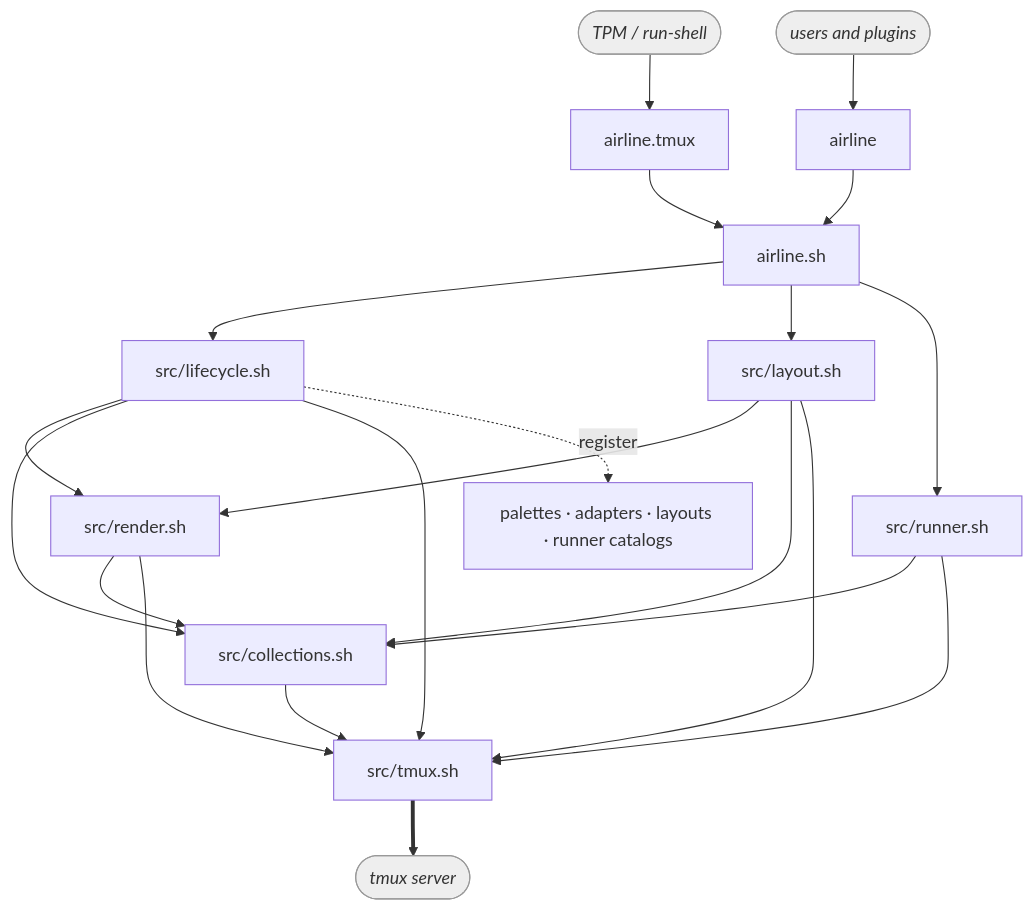
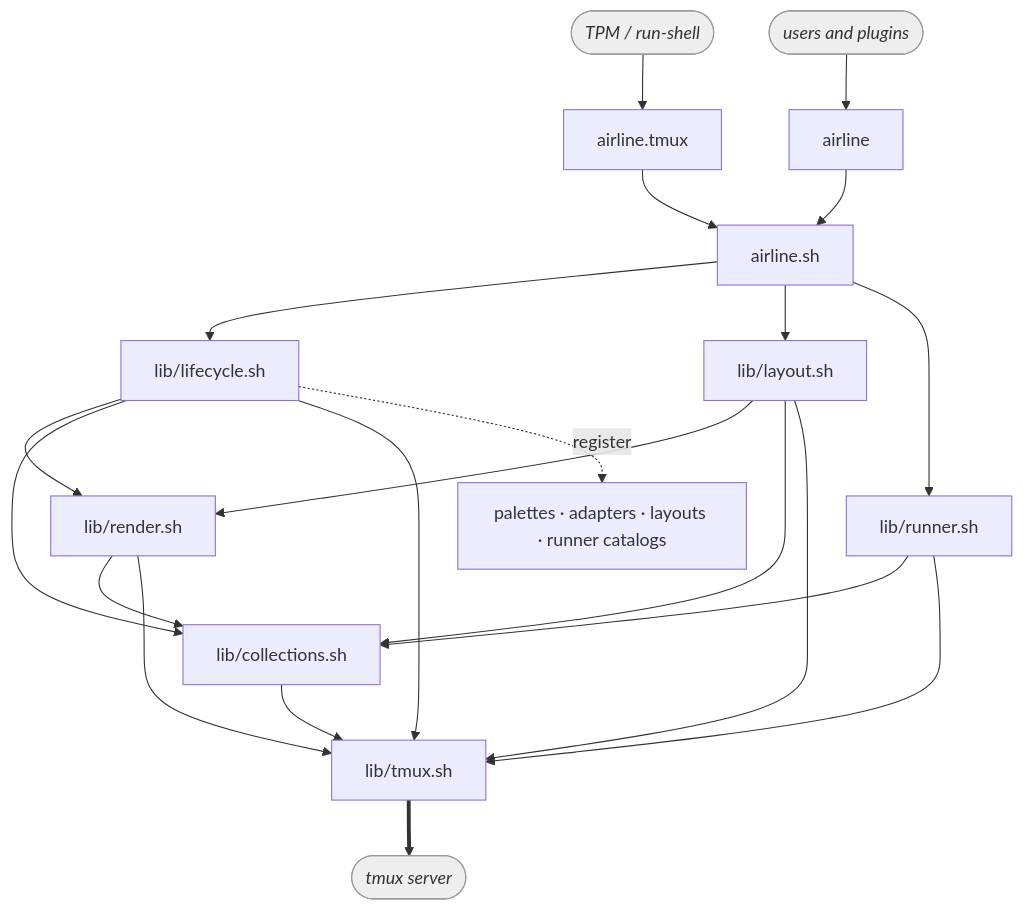
One commit to andrewjstryker/tmux-airline changed the first of 2 diagrams in DESIGN.md. Above: the diagram before and after it, drawn with Mermaid. The commit also changed other lines of this file and 12 other files, not shown here.

````diff
--- a/DESIGN.md
+++ b/DESIGN.md
@@ -55,25 +55,25 @@
 ```mermaid
 graph TD
     TPM([TPM / run-shell]):::ext --> ENTRY[airline.tmux]
     EXT([users and plugins]):::ext --> SHIM[airline]
     ENTRY --> CLI[airline.sh]
     SHIM --> CLI
-    CLI --> LIFE[src/lifecycle.sh]
-    CLI --> LAYOUT[src/layout.sh]
-    CLI --> RUNNER[src/runner.sh]
-    LIFE --> LOGIC[src/render.sh]
+    CLI --> LIFE[lib/lifecycle.sh]
+    CLI --> LAYOUT[lib/layout.sh]
+    CLI --> RUNNER[lib/runner.sh]
+    LIFE --> LOGIC[lib/render.sh]
     LAYOUT --> LOGIC
-    LIFE --> COLL[src/collections.sh]
+    LIFE --> COLL[lib/collections.sh]
     LAYOUT --> COLL
     RUNNER --> COLL
     LOGIC --> COLL
-    LIFE --> MECH[src/tmux.sh]
+    LIFE --> MECH[lib/tmux.sh]
     LAYOUT --> MECH
     RUNNER --> MECH
     LOGIC --> MECH
     COLL --> MECH
     LIFE -. register .-> FILES[palettes · adapters · layouts · runner catalogs]
     MECH ==> TMUX([tmux server]):::ext
 
     classDef ext fill:#eee,stroke:#999,color:#333,font-style:italic;
 ```
````
